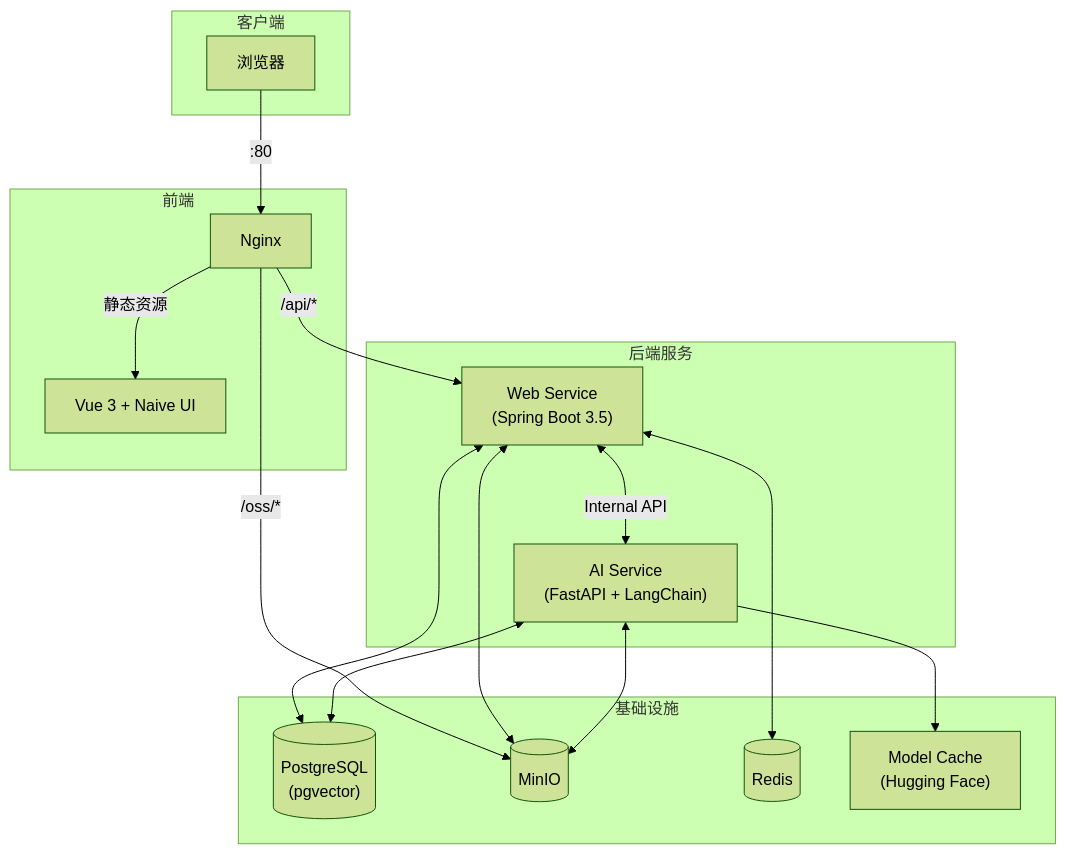
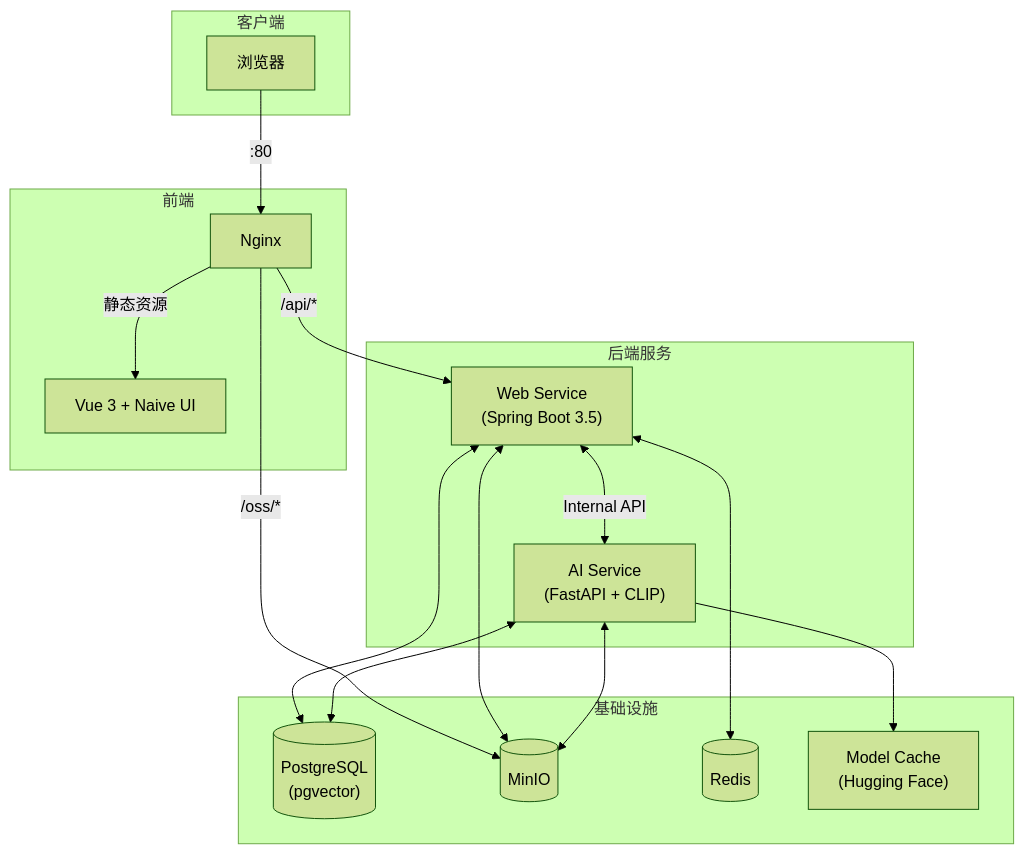
The diagram in README.md (tamakara/bakabooru), drawn with Mermaid (forest theme) before and after one commit. The commit also changed other lines of this file and 65 other files, not shown here.

````diff
--- a/README.md
+++ b/README.md
@@ -57,35 +57,35 @@
 ```mermaid
 graph TD
     subgraph Client ["客户端"]
         Browser["浏览器"]
     end
 
     subgraph Frontend ["前端"]
         Nginx["Nginx"]
         VueApp["Vue 3 + Naive UI"]
     end
 
     subgraph Backend ["后端服务"]
         WebService["Web Service<br/>(Spring Boot 3.5)"]
-        AIService["AI Service<br/>(FastAPI + LangChain)"]
+        AIService["AI Service<br/>(FastAPI + CLIP)"]
     end
 
     subgraph Infrastructure ["基础设施"]
         Postgres[("PostgreSQL<br/>(pgvector)")]
         MinIO[("MinIO")]
         Redis[("Redis")]
         ModelCache["Model Cache<br/>(Hugging Face)"]
     end
 
     Browser -->|" :80 "| Nginx
     Nginx -->|" 静态资源 "| VueApp
     Nginx -->|" /api/* "| WebService
     Nginx -->|" /oss/* "| MinIO
     WebService <-->|" Internal API "| AIService
     WebService <--> Postgres
     WebService <--> MinIO
     WebService <--> Redis
     AIService <--> Postgres
     AIService <--> MinIO
     AIService --> ModelCache
 ```
````
